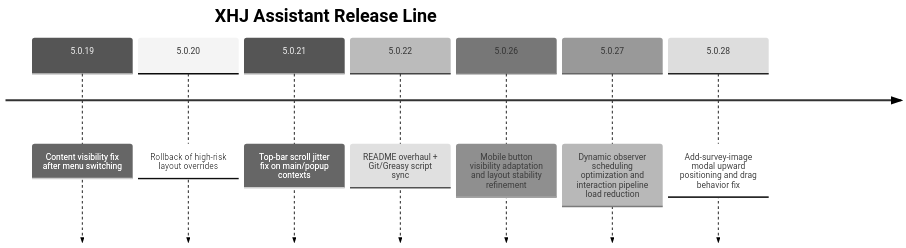
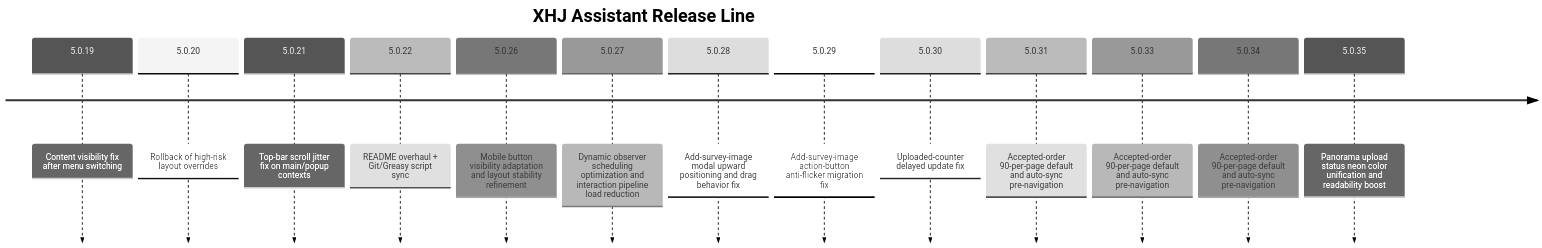
One commit to jhihhe/XHJ-VR-assistant changed the third of 3 diagrams in README-EN.md. Above: the diagram before and after it, drawn with Mermaid (neutral theme). The commit also changed other lines of this file and 5 other files, not shown here.

Commit message:
feat: unify panorama upload status colors across themes

````diff
--- a/README-EN.md
+++ b/README-EN.md
@@ -116,11 +116,17 @@
 ```mermaid
 timeline
     title XHJ Assistant Release Line
     5.0.19 : Content visibility fix after menu switching
     5.0.20 : Rollback of high-risk layout overrides
     5.0.21 : Top-bar scroll jitter fix on main/popup contexts
     5.0.22 : README overhaul + Git/Greasy script sync
     5.0.26 : Mobile button visibility adaptation and layout stability refinement
     5.0.27 : Dynamic observer scheduling optimization and interaction pipeline load reduction
     5.0.28 : Add-survey-image modal upward positioning and drag behavior fix
+    5.0.29 : Add-survey-image action-button anti-flicker migration fix
+    5.0.30 : Uploaded-counter delayed update fix
+    5.0.31 : Accepted-order 90-per-page default and auto-sync pre-navigation
+    5.0.33 : Accepted-order 90-per-page default and auto-sync pre-navigation
+    5.0.34 : Accepted-order 90-per-page default and auto-sync pre-navigation
+    5.0.35 : Panorama upload status neon color unification and readability boost
 ```
````
